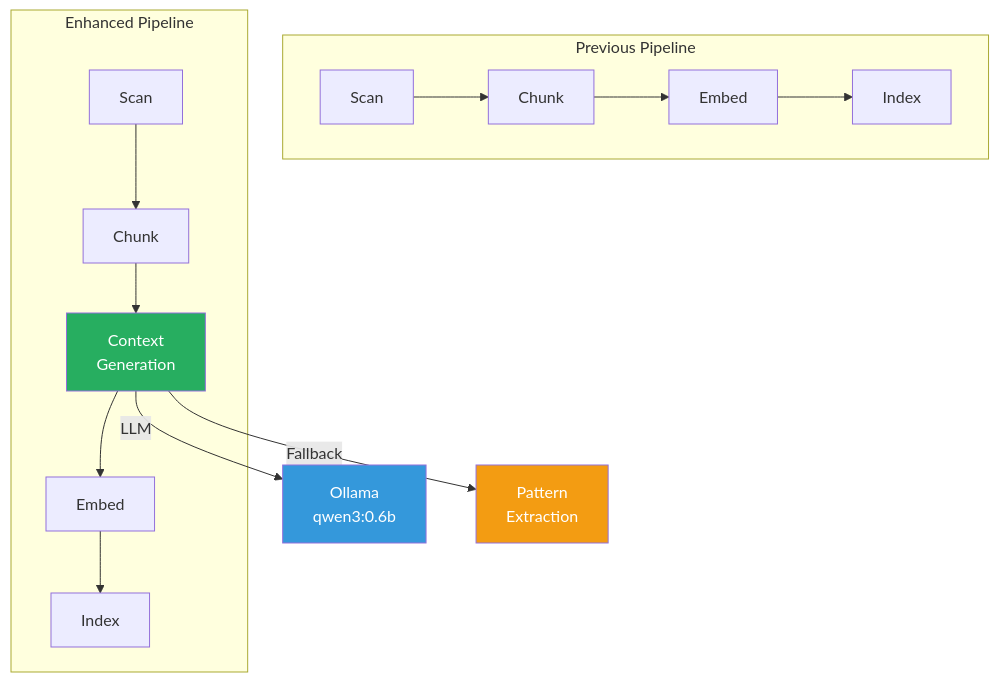
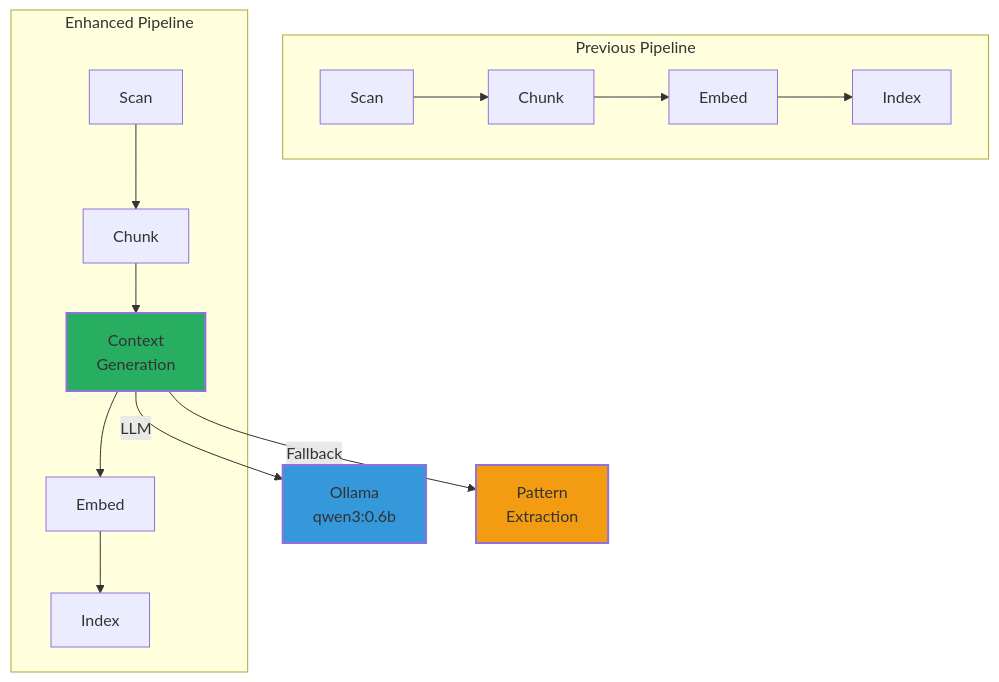
The third of 5 diagrams in docs/research/contextual-retrieval-decision.md (sampi02/amanmcp), drawn with Mermaid before and after one commit. The commit also changed other lines of this file and 59 other files, not shown here.

````diff
--- a/docs/research/contextual-retrieval-decision.md
+++ b/docs/research/contextual-retrieval-decision.md
@@ -195,17 +225,17 @@
 ```mermaid
 flowchart TB
     subgraph Before["Previous Pipeline"]
         S1[Scan] --> C1[Chunk] --> E1[Embed] --> I1[Index]
     end
 
     subgraph After["Enhanced Pipeline"]
         S2[Scan] --> C2[Chunk] --> CTX[Context<br/>Generation] --> E2[Embed] --> I2[Index]
     end
 
-    CTX -->|"LLM"| LLM[Ollama<br/>qwen3:0.6b]
-    CTX -->|"Fallback"| PAT[Pattern<br/>Extraction]
+    CTX -->|LLM| LLM[Ollama<br/>qwen3:0.6b]
+    CTX -->|Fallback| PAT[Pattern<br/>Extraction]
 
-    style CTX fill:#27ae60,color:#fff
-    style LLM fill:#3498db,color:#fff
-    style PAT fill:#f39c12,color:#fff
+    style CTX fill:#27ae60,stroke-width:2px
+    style LLM fill:#3498db,stroke-width:2px
+    style PAT fill:#f39c12,stroke-width:2px
 ```
````
